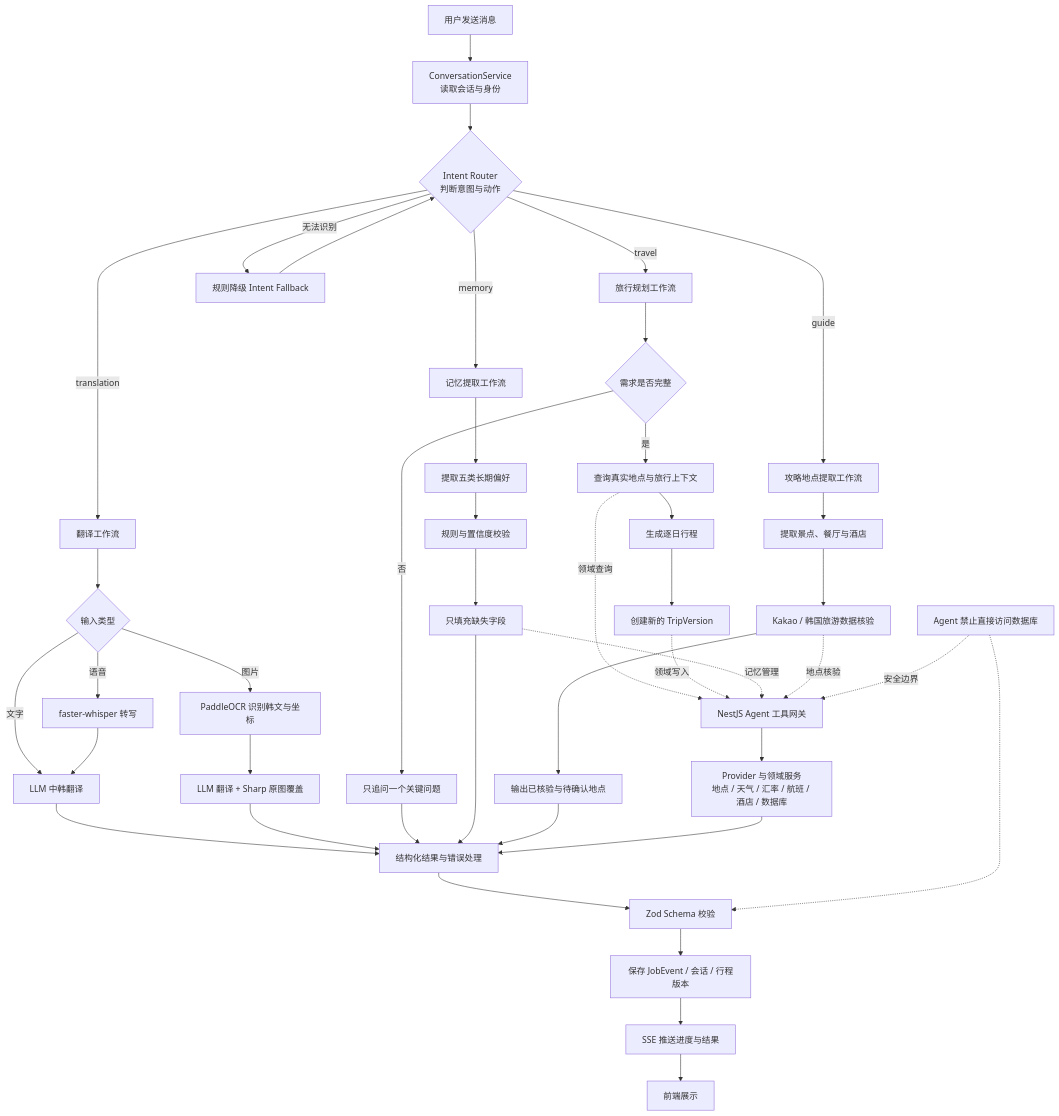
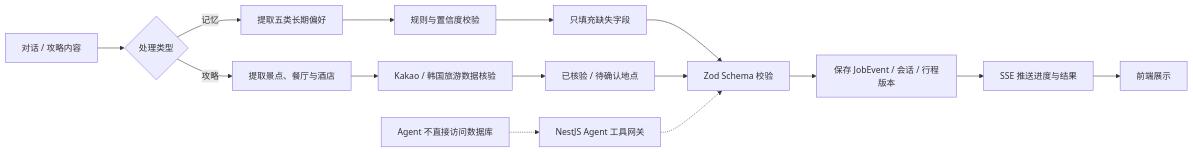
One commit to asteriii123/KoreaMate changed the fourth of 4 diagrams in README.md. Above: the diagram before and after it, drawn with Mermaid. The commit also changed other lines of this file, not shown here.

Commit message:
docs: split agent workflow diagrams

````diff
--- a/README.md
+++ b/README.md
@@ -127,53 +169,17 @@
 ```mermaid
-flowchart TD
-    A[用户发送消息] --> B[ConversationService<br/>读取会话与身份]
-    B --> C{Intent Router<br/>判断意图与动作}
-
-    C -->|travel| D[旅行规划工作流]
-    C -->|translation| E[翻译工作流]
-    C -->|memory| F[记忆提取工作流]
-    C -->|guide| G[攻略地点提取工作流]
-    C -->|无法识别| H[规则降级 Intent Fallback]
-    H --> C
-
-    D --> D1{需求是否完整}
-    D1 -->|否| D2[只追问一个关键问题]
-    D1 -->|是| D3[查询真实地点与旅行上下文]
-    D3 --> D4[生成逐日行程]
-    D4 --> D5[创建新的 TripVersion]
-
-    E --> E1{输入类型}
-    E1 -->|文字| E2[LLM 中韩翻译]
-    E1 -->|语音| E3[faster-whisper 转写]
-    E1 -->|图片| E4[PaddleOCR 识别韩文与坐标]
-    E4 --> E5[LLM 翻译 + Sharp 原图覆盖]
-    E2 --> I
-    E3 --> E2
-    E5 --> I
-
-    F --> F1[提取五类长期偏好]
-    F1 --> F2[规则与置信度校验]
-    F2 --> F3[只填充缺失字段]
-
-    G --> G1[提取景点、餐厅与酒店]
-    G1 --> G2[Kakao / 韩国旅游数据核验]
-    G2 --> G3[输出已核验与待确认地点]
-
-    D3 -.领域查询.-> T[NestJS Agent 工具网关]
-    D5 -.领域写入.-> T
-    F3 -.记忆管理.-> T
-    G2 -.地点核验.-> T
-    T --> P[Provider 与领域服务<br/>地点 / 天气 / 汇率 / 航班 / 酒店 / 数据库]
-
-    D2 --> I[结构化结果与错误处理]
-    F3 --> I
-    G3 --> I
-    P --> I
-    I --> V[Zod Schema 校验]
-    V --> S[保存 JobEvent / 会话 / 行程版本]
-    S --> O[SSE 推送进度与结果]
-    O --> U[前端展示]
-
-    X[Agent 禁止直接访问数据库] -.安全边界.-> T
-    X -.-> V
+flowchart LR
+    A[对话 / 攻略内容] --> B{处理类型}
+    B -->|记忆| C[提取五类长期偏好]
+    C --> D[规则与置信度校验]
+    D --> E[只填充缺失字段]
+    B -->|攻略| F[提取景点、餐厅与酒店]
+    F --> G[Kakao / 韩国旅游数据核验]
+    G --> H[已核验 / 待确认地点]
+    E --> I[Zod Schema 校验]
+    H --> I
+    I --> J[保存 JobEvent / 会话 / 行程版本]
+    J --> K[SSE 推送进度与结果]
+    K --> L[前端展示]
+    M[Agent 不直接访问数据库] -.-> N[NestJS Agent 工具网关]
+    N -.-> I
 ```
````
